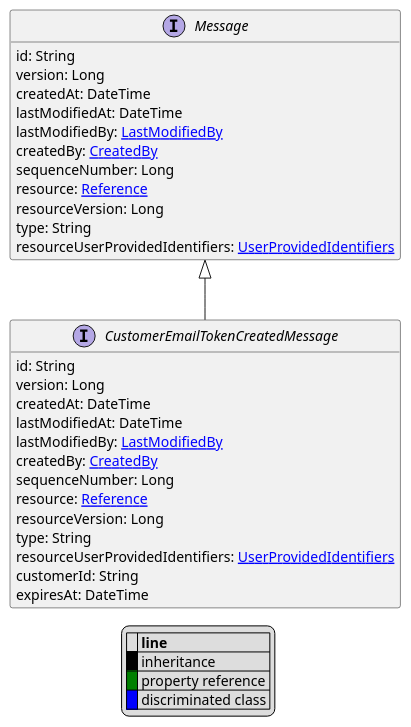
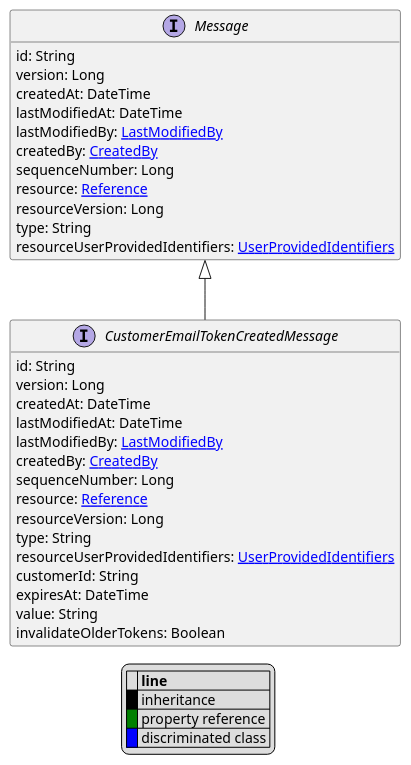
The diagram in uml/api/CustomerEmailTokenCreatedMessage.puml (commercetools/commercetools-api-reference), drawn with PlantUML before and after one commit. The commit also changed 30 other files, not shown here.

```diff
--- a/uml/api/CustomerEmailTokenCreatedMessage.puml
+++ b/uml/api/CustomerEmailTokenCreatedMessage.puml
@@ -1,44 +1,46 @@
 @startuml
 
 hide empty fields
 hide empty methods
 legend
 |= |= line |
 |<back:black>   </back>| inheritance |
 |<back:green>   </back>| property reference |
 |<back:blue>   </back>| discriminated class |
 endlegend
 interface CustomerEmailTokenCreatedMessage [[CustomerEmailTokenCreatedMessage.svg]] extends Message {
     id: String
     version: Long
     createdAt: DateTime
     lastModifiedAt: DateTime
     lastModifiedBy: [[LastModifiedBy.svg LastModifiedBy]]
     createdBy: [[CreatedBy.svg CreatedBy]]
     sequenceNumber: Long
     resource: [[Reference.svg Reference]]
     resourceVersion: Long
     type: String
     resourceUserProvidedIdentifiers: [[UserProvidedIdentifiers.svg UserProvidedIdentifiers]]
     customerId: String
     expiresAt: DateTime
+    value: String
+    invalidateOlderTokens: Boolean
 }
 interface Message [[Message.svg]]  {
     id: String
     version: Long
     createdAt: DateTime
     lastModifiedAt: DateTime
     lastModifiedBy: [[LastModifiedBy.svg LastModifiedBy]]
     createdBy: [[CreatedBy.svg CreatedBy]]
     sequenceNumber: Long
     resource: [[Reference.svg Reference]]
     resourceVersion: Long
     type: String
     resourceUserProvidedIdentifiers: [[UserProvidedIdentifiers.svg UserProvidedIdentifiers]]
 }
 
 
 
 
 
 @enduml
```
